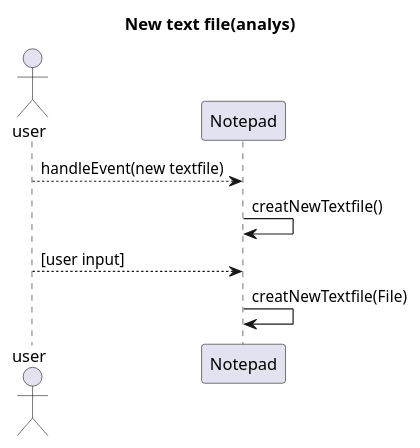
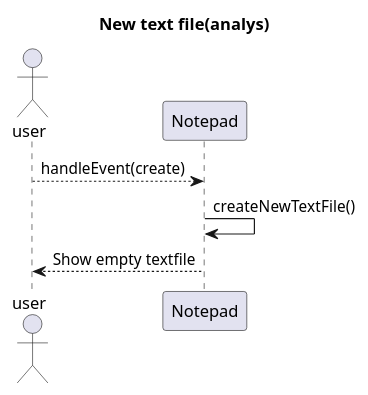
Before and after one commit to Oliverpe/ISGC08: the diagram in laboration1/sekvense-newTextfile-diagram.pu, drawn with PlantUML. The commit also changed 19 other files, not shown here.

```diff
--- a/laboration1/sekvense-newTextfile-diagram.pu
+++ b/laboration1/sekvense-newTextfile-diagram.pu
@@ -1,9 +1,8 @@
 @startuml
 title New text file(analys)
 actor "user" as u
 participant "Notepad" as n
-u-->n : handleEvent(new textfile)
-n->n: creatNewTextfile()
-u-->n : [user input]
-n->n : creatNewTextfile(File)
+u--> n: handleEvent(create)
+n-> n : createNewTextFile()
+n--> u : Show empty textfile
 @enduml
```
